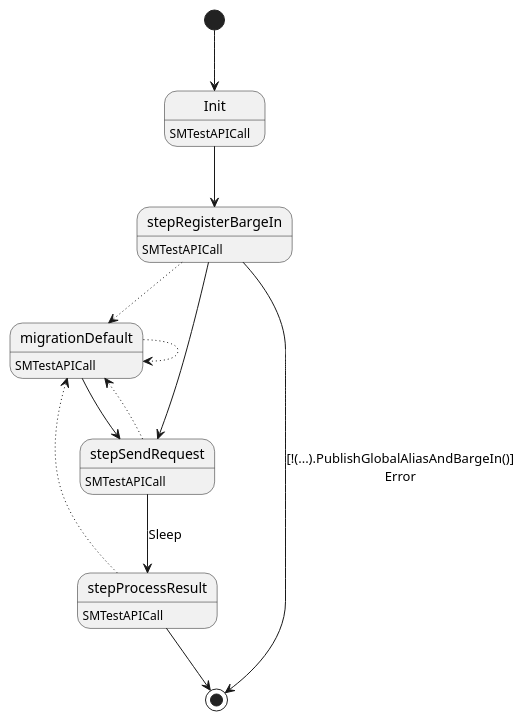
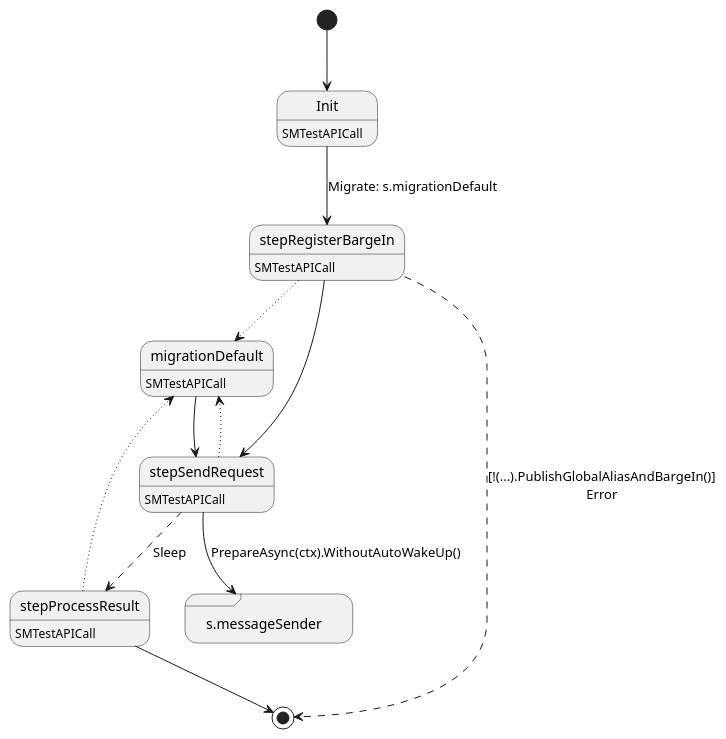
One commit to insolar/assured-ledger changed the diagram in ledger-core/application/testwalletapi/statemachine/statemachine.plantuml. Above: the diagram before and after it, drawn with PlantUML. The commit also changed 15 other files, not shown here.

Commit message:
UML Update

```diff
--- a/ledger-core/application/testwalletapi/statemachine/statemachine.plantuml
+++ b/ledger-core/application/testwalletapi/statemachine/statemachine.plantuml
@@ -1,23 +1,24 @@
 @startuml
 state "Init" as T00_S002
 T00_S002 : SMTestAPICall
 [*] --> T00_S002
-T00_S002 --> T00_S003
+T00_S002 --> T00_S003 : Migrate: s.migrationDefault
 state "migrationDefault" as T00_S001
 T00_S001 : SMTestAPICall
-T00_S001 --[dotted]> T00_S001
 T00_S001 --> T00_S004
-state "stepProcessResult" as T00_S005
-T00_S005 : SMTestAPICall
-T00_S005 --[dotted]> T00_S001
-T00_S005 -->[*]
+state "s.messageSender" as T00_S005 <<sdlreceive>>
+state "stepProcessResult" as T00_S006
+T00_S006 : SMTestAPICall
+T00_S006 --[dotted]> T00_S001
+T00_S006 --> [*]
 state "stepRegisterBargeIn" as T00_S003
 T00_S003 : SMTestAPICall
 T00_S003 --[dotted]> T00_S001
-T00_S003 -->[*] : [!(...).PublishGlobalAliasAndBargeIn()]\nError
+T00_S003 --[dashed]> [*] : [!(...).PublishGlobalAliasAndBargeIn()]\nError
 T00_S003 --> T00_S004
 state "stepSendRequest" as T00_S004
 T00_S004 : SMTestAPICall
 T00_S004 --[dotted]> T00_S001
-T00_S004 --> T00_S005 : Sleep
+T00_S004 --> T00_S005 : PrepareAsync(ctx).WithoutAutoWakeUp()
+T00_S004 --[dashed]> T00_S006 : Sleep
 @enduml
```
